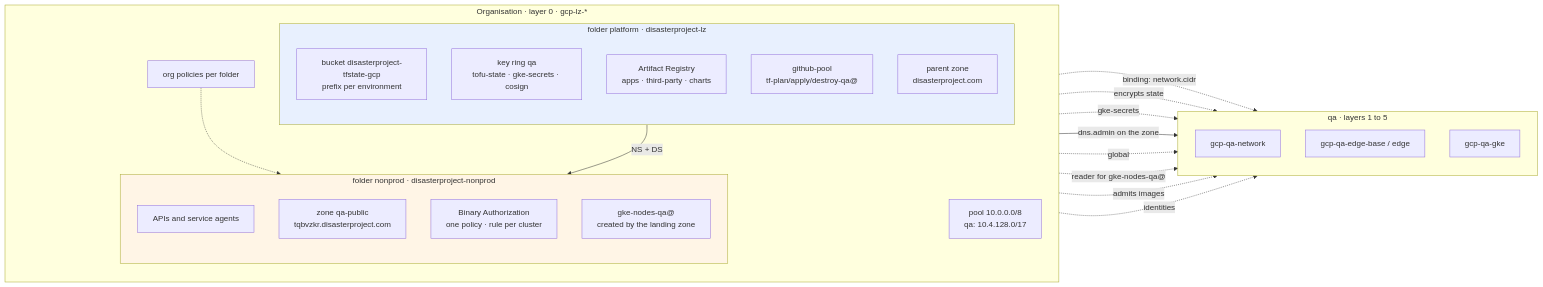
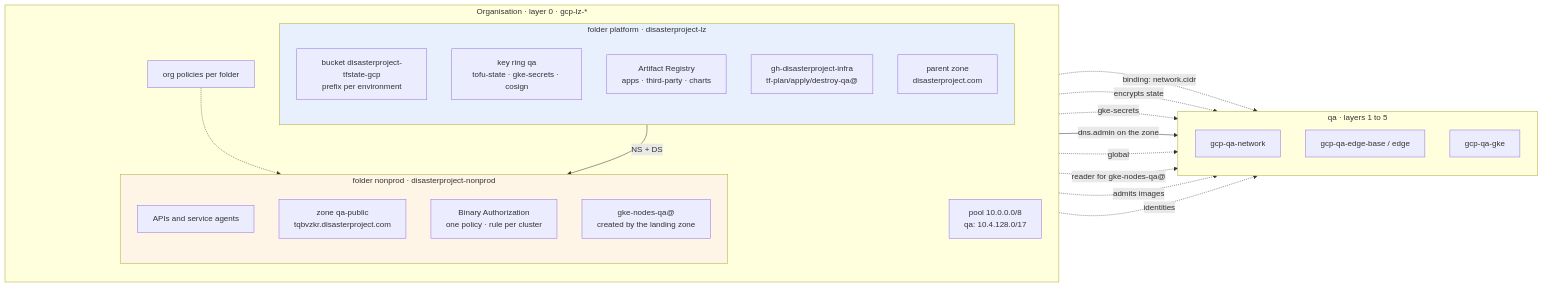
The diagram in docs/en/proposals/landing-zone-qa/diagrams/01-contexto.mmd (aescanero/proposal_documents), drawn with Mermaid before and after one commit. The commit also changed 86 other files, not shown here.

```diff
--- a/docs/en/proposals/landing-zone-qa/diagrams/01-contexto.mmd
+++ b/docs/en/proposals/landing-zone-qa/diagrams/01-contexto.mmd
@@ -1,40 +1,40 @@
 flowchart LR
     subgraph ORG["Organisation · layer 0 · gcp-lz-*"]
         direction TB
         subgraph LZP["folder platform · disasterproject-lz"]
             direction TB
             ST["bucket disasterproject-tfstate-gcp<br/>prefix per environment"]
             KMS["key ring qa<br/>tofu-state · gke-secrets · cosign"]
             AR["Artifact Registry<br/>apps · third-party · charts"]
-            WIF["github-pool<br/>tf-plan/apply/destroy-qa@"]
+            WIF["gh-disasterproject-infra<br/>tf-plan/apply/destroy-qa@"]
             DZ["parent zone<br/>disasterproject.com"]
         end
         subgraph NP["folder nonprod · disasterproject-nonprod"]
             direction TB
             API["APIs and service agents"]
             PZ["zone qa-public<br/>tqbvzkr.disasterproject.com"]
             BA["Binary Authorization<br/>one policy · rule per cluster"]
             SA["gke-nodes-qa@<br/>created by the landing zone"]
         end
         POL["org policies per folder"]
         POOL["pool 10.0.0.0/8<br/>qa: 10.4.128.0/17"]
     end
     subgraph QA["qa · layers 1 to 5"]
         direction TB
         NET["gcp-qa-network"]
         EDGE["gcp-qa-edge-base / edge"]
         GKE["gcp-qa-gke"]
     end
     DZ -- "NS + DS" --> PZ
     POOL -. "binding: network.cidr" .-> NET
     KMS -. "encrypts state" .-> NET
     KMS -. "gke-secrets" .-> GKE
     WIF -. "identities" .-> QA
     PZ -- "dns.admin on the zone" --> EDGE
     SA -. "global" .-> GKE
     AR -. "reader for gke-nodes-qa@" .-> GKE
     BA -. "admits images" .-> GKE
     POL -.-> NP
 
     style LZP fill:#e8f0fe
     style NP fill:#fff5e6
```
